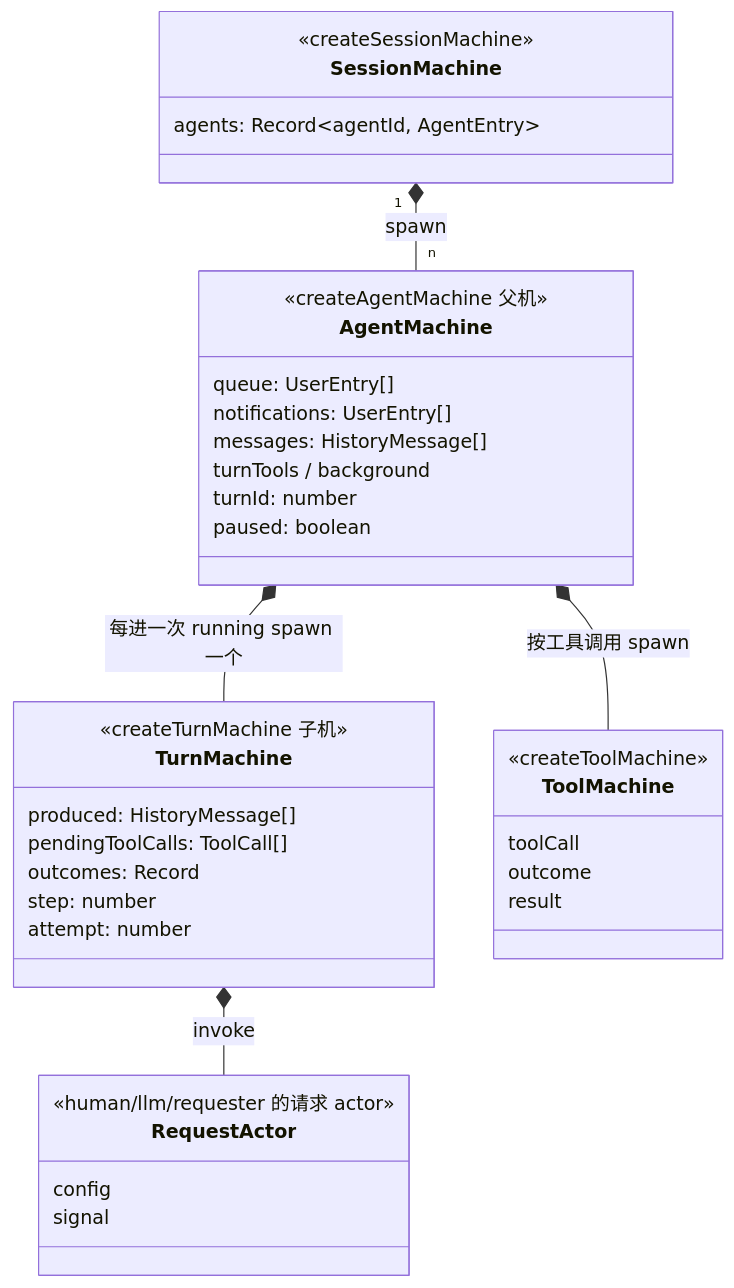
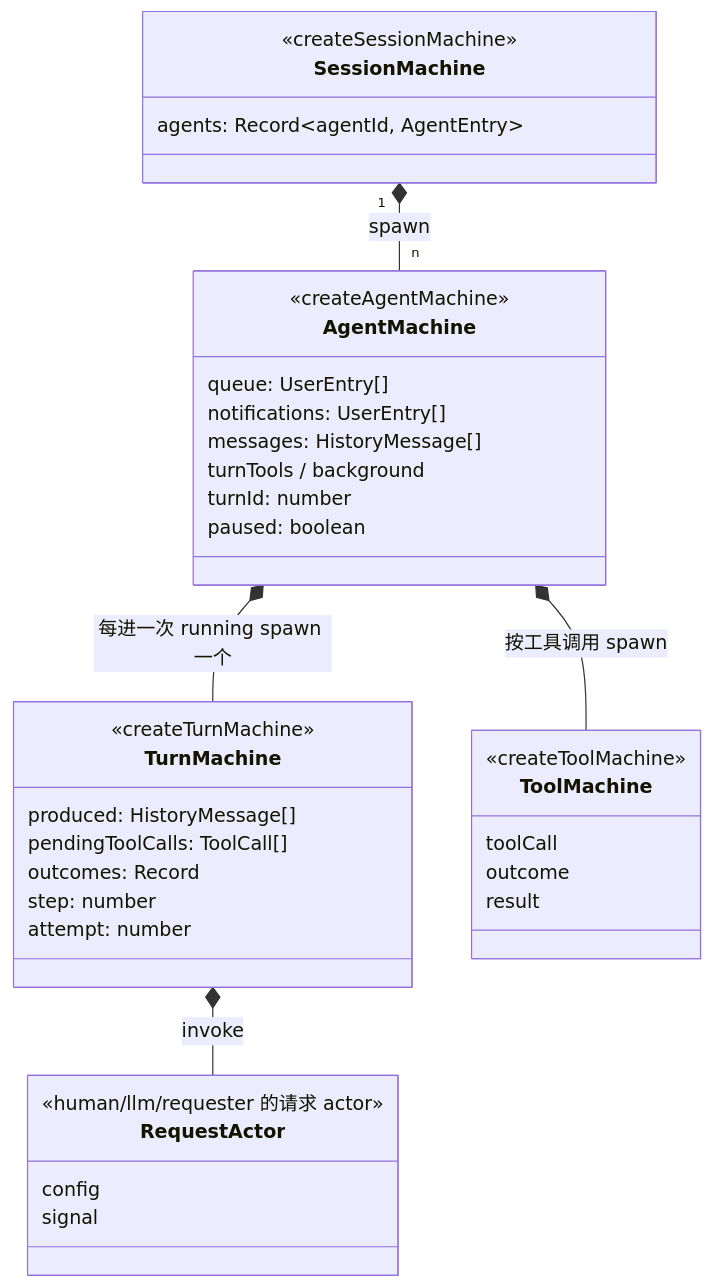
The second of 10 diagrams in src/content/post/agents-kimi-code/index.md (nickqiaoo/nickqiaoo.github.io), drawn with Mermaid before and after one commit. The commit also changed other lines of this file, not shown here.

````diff
--- a/src/content/post/agents-kimi-code/index.md
+++ b/src/content/post/agents-kimi-code/index.md
@@ -171,39 +171,39 @@
 ```mermaid
 classDiagram
   class SessionMachine {
     <<createSessionMachine>>
     agents: Record~agentId, AgentEntry~
   }
   class AgentMachine {
-    <<createAgentMachine 父机>>
+    <<createAgentMachine>>
     queue: UserEntry[]
     notifications: UserEntry[]
     messages: HistoryMessage[]
     turnTools / background
     turnId: number
     paused: boolean
   }
   class TurnMachine {
-    <<createTurnMachine 子机>>
+    <<createTurnMachine>>
     produced: HistoryMessage[]
     pendingToolCalls: ToolCall[]
     outcomes: Record
     step: number
     attempt: number
   }
   class ToolMachine {
     <<createToolMachine>>
     toolCall
     outcome
     result
   }
   class RequestActor {
     <<human/llm/requester 的请求 actor>>
     config
     signal
   }
   SessionMachine "1" *-- "n" AgentMachine : spawn
   AgentMachine *-- TurnMachine : 每进一次 running spawn 一个
   AgentMachine *-- ToolMachine : 按工具调用 spawn
   TurnMachine *-- RequestActor : invoke
 ```
````
